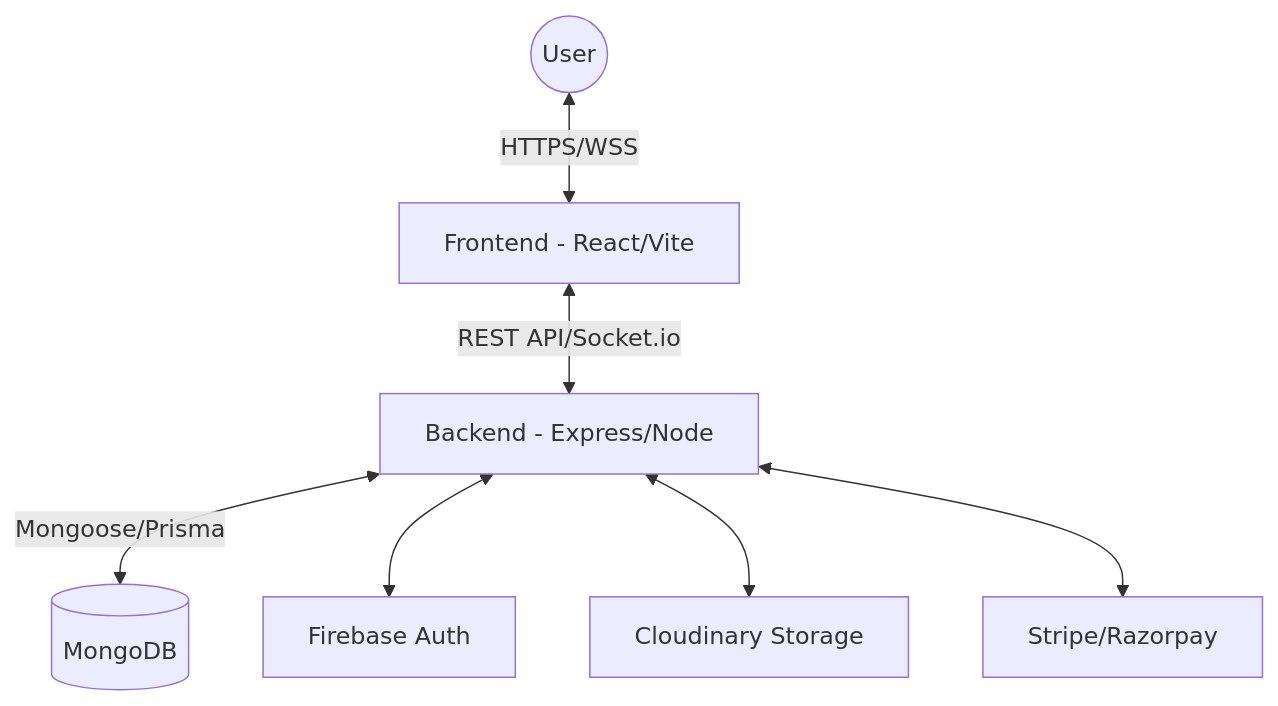
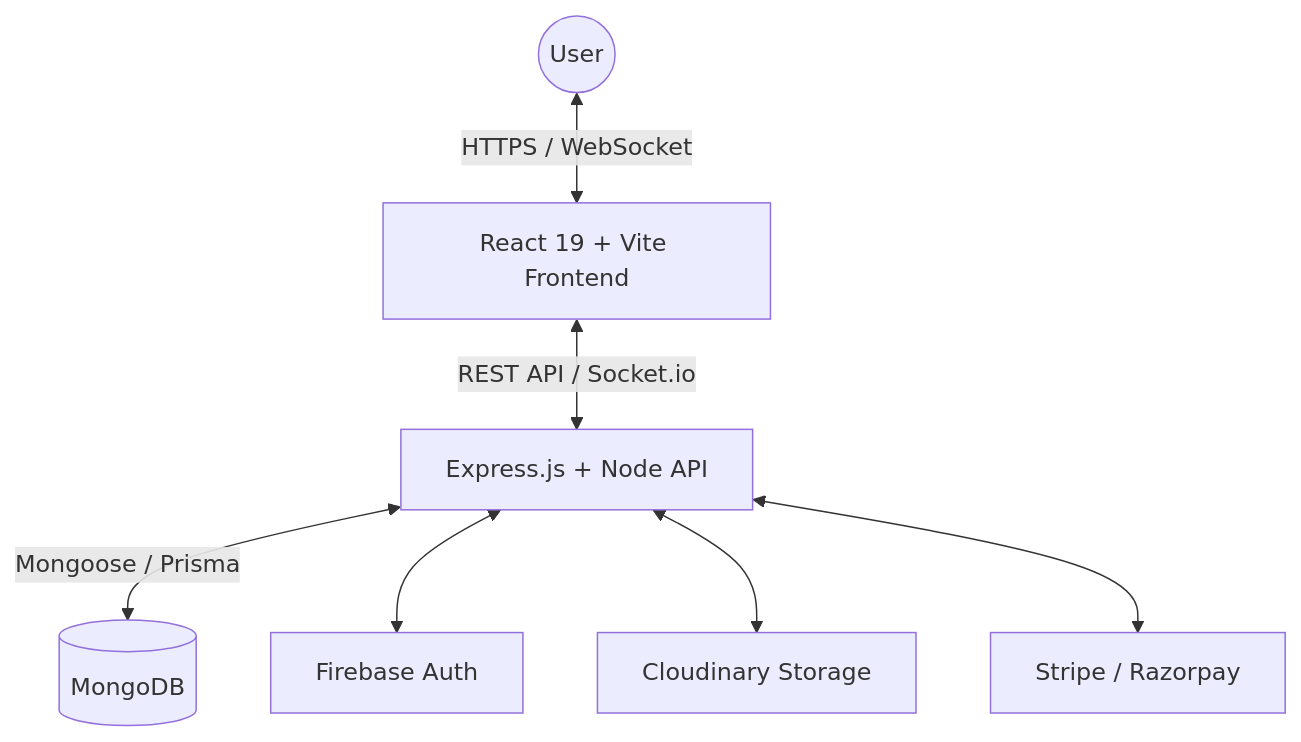
The diagram in README.md (Zallu4435/campus-core-platform), drawn with Mermaid before and after one commit. The commit also changed other lines of this file and 5 other files, not shown here.

````diff
--- a/README.md
+++ b/README.md
@@ -23,17 +69,18 @@
 ```mermaid
 graph TD
     User((User))
-    Frontend[Frontend - React/Vite]
-    Backend[Backend - Express/Node]
+
+    Frontend[React 19 + Vite Frontend]
+    Backend[Express.js + Node API]
     DB[(MongoDB)]
     Firebase[Firebase Auth]
     Cloudinary[Cloudinary Storage]
-    Payment[Stripe/Razorpay]
+    Payment[Stripe / Razorpay]
 
-    User <-->|HTTPS/WSS| Frontend
-    Frontend <-->|REST API/Socket.io| Backend
-    Backend <-->|Mongoose/Prisma| DB
+    User <-->|HTTPS / WebSocket| Frontend
+    Frontend <-->|REST API / Socket.io| Backend
+    Backend <-->|Mongoose / Prisma| DB
     Backend <--> Firebase
     Backend <--> Cloudinary
     Backend <--> Payment
 ```
````
